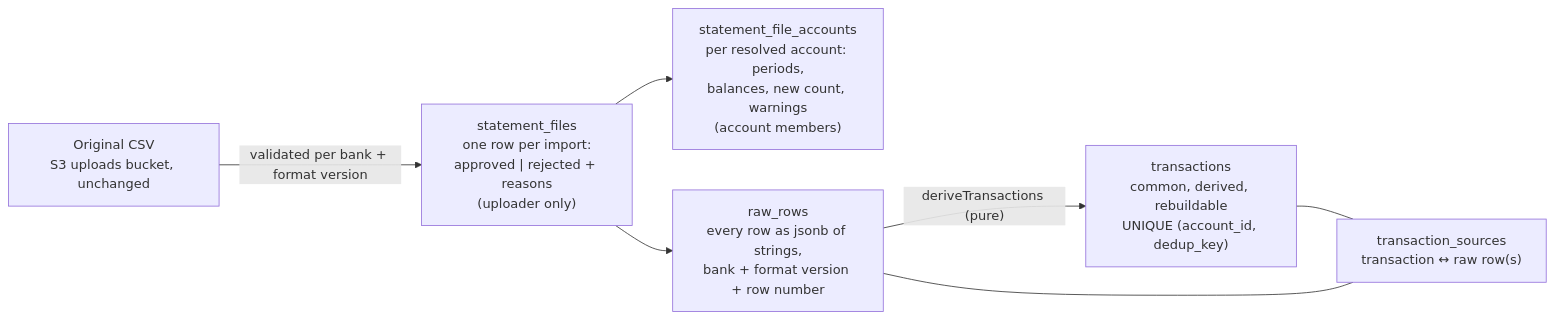
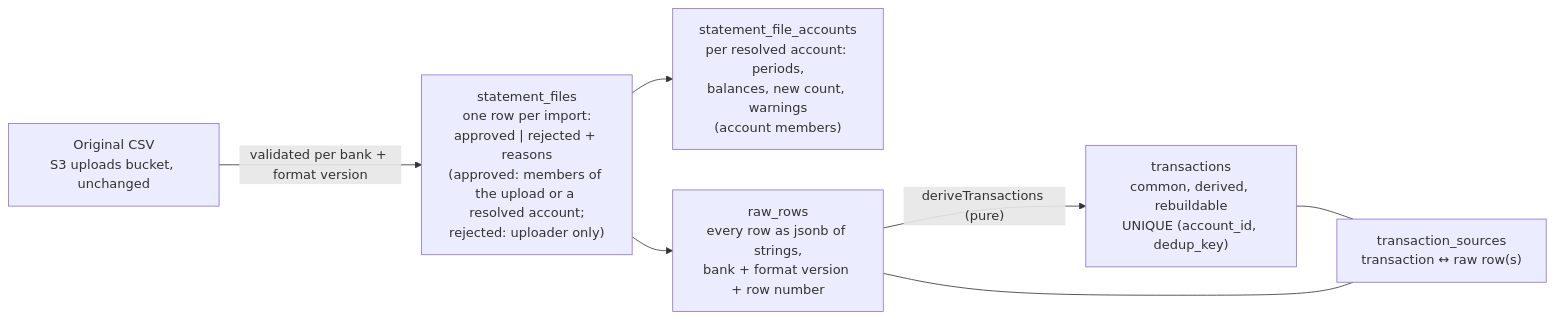
The second of 2 diagrams in docs/architecture.md (nodm/draupnir), drawn with Mermaid before and after one commit. The commit also changed other lines of this file and 41 other files, not shown here.

````diff
--- a/docs/architecture.md
+++ b/docs/architecture.md
@@ -93,16 +96,16 @@
 ```mermaid
 graph LR
   CSV["Original CSV<br/>S3 uploads bucket, unchanged"]
-  Files["statement_files<br/>one row per import:<br/>approved | rejected + reasons<br/>(uploader only)"]
+  Files["statement_files<br/>one row per import:<br/>approved | rejected + reasons<br/>(approved: members of the upload or a resolved account;<br/>rejected: uploader only)"]
   FileAccts["statement_file_accounts<br/>per resolved account: periods,<br/>balances, new count, warnings<br/>(account members)"]
   Raw["raw_rows<br/>every row as jsonb of strings,<br/>bank + format version + row number"]
   Tx["transactions<br/>common, derived, rebuildable<br/>UNIQUE (account_id, dedup_key)"]
   Src["transaction_sources<br/>transaction ↔ raw row(s)"]
 
   CSV -- "validated per bank + format version" --> Files
   Files --> FileAccts
   Files --> Raw
   Raw -- "deriveTransactions (pure)" --> Tx
   Tx --- Src
   Raw --- Src
 ```
````
